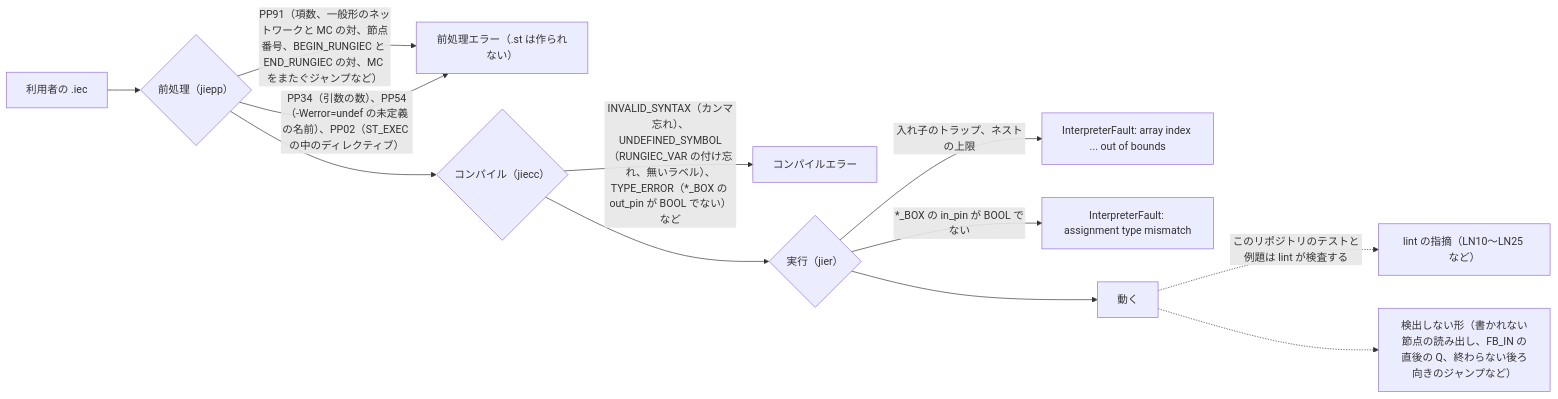
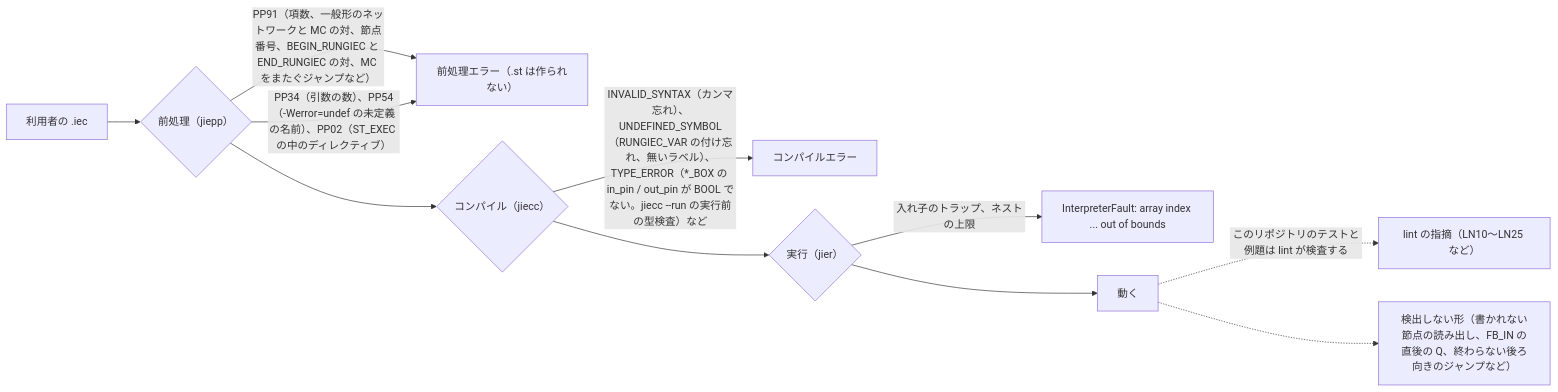
One commit to yunos0987/rungiec changed the fifth of 7 diagrams in docs/DESIGN.md. Above: the diagram before and after it, drawn with Mermaid. The commit also changed other lines of this file and 41 other files, not shown here.

````diff
--- a/docs/DESIGN.md
+++ b/docs/DESIGN.md
@@ -668,14 +668,13 @@
 ```mermaid
 flowchart LR
   SRC["利用者の .iec"] --> PP{"前処理（jiepp）"}
   PP -->|"PP91（項数、一般形のネットワークと MC の対、節点番号、BEGIN_RUNGIEC と END_RUNGIEC の対、MC をまたぐジャンプなど）"| EPP["前処理エラー（.st は作られない）"]
   PP -->|"PP34（引数の数）、PP54（-Werror=undef の未定義の名前）、PP02（ST_EXEC の中のディレクティブ）"| EPP
   PP --> CC{"コンパイル（jiecc）"}
-  CC -->|"INVALID_SYNTAX（カンマ忘れ）、UNDEFINED_SYMBOL（RUNGIEC_VAR の付け忘れ、無いラベル）、TYPE_ERROR（*_BOX の out_pin が BOOL でない）など"| ECC["コンパイルエラー"]
+  CC -->|"INVALID_SYNTAX（カンマ忘れ）、UNDEFINED_SYMBOL（RUNGIEC_VAR の付け忘れ、無いラベル）、TYPE_ERROR（*_BOX の in_pin / out_pin が BOOL でない。jiecc --run の実行前の型検査）など"| ECC["コンパイルエラー"]
   CC --> RT{"実行（jier）"}
   RT -->|"入れ子のトラップ、ネストの上限"| ERT["InterpreterFault: array index ... out of bounds"]
-  RT -->|"*_BOX の in_pin が BOOL でない"| ERTT["InterpreterFault: assignment type mismatch"]
   RT --> RUNS["動く"]
   RUNS -.->|"このリポジトリのテストと例題は lint が検査する"| LINT["lint の指摘（LN10〜LN25 など）"]
   RUNS -.-> ND["検出しない形（書かれない節点の読み出し、FB_IN の直後の Q、終わらない後ろ向きのジャンプなど）"]
 ```
````
